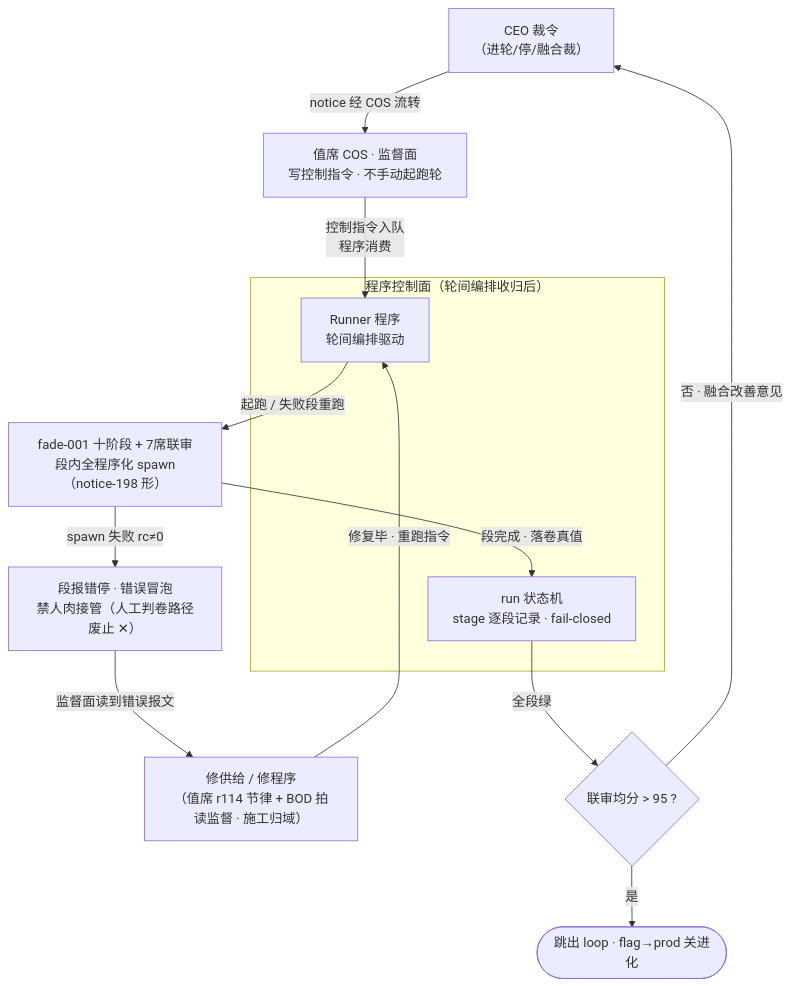
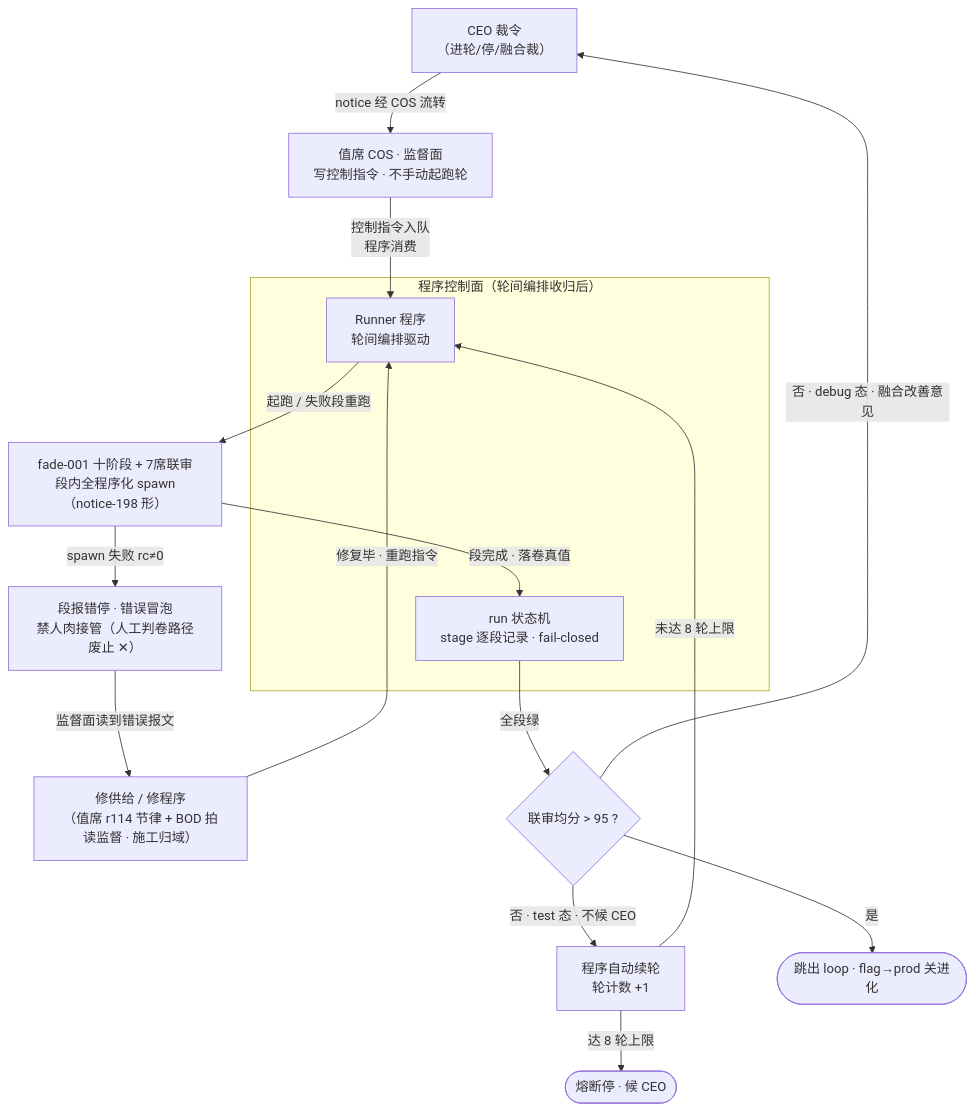
One commit to MoRen9527/TriMetaverse changed the third of 3 diagrams in docs/workflow/operating-records/2026-W47/trees/fade001-tenstage-deploy-20261115/fade001-loop-flag-evolution-flowchart.md. Above: the diagram before and after it, drawn with Mermaid. The commit also changed other lines of this file, not shown here.

Commit message:
docs(bod): 图三严格对齐修订——DEC2否拆debug/test两支+FUSE熔断边+对照表补两行 @bod
CEO 2026-11-19 20:14 照修令:与图一 flag 分路(debug候CEO/test直进下轮不候CEO)及8轮上限熔断(FUSE)逐边严格对齐。

````diff
--- a/docs/workflow/operating-records/2026-W47/trees/fade001-tenstage-deploy-20261115/fade001-loop-flag-evolution-flowchart.md
+++ b/docs/workflow/operating-records/2026-W47/trees/fade001-tenstage-deploy-20261115/fade001-loop-flag-evolution-flowchart.md
@@ -111,20 +111,23 @@
 ```mermaid
 flowchart TD
   CEO2["CEO 裁令<br/>（进轮/停/融合裁）"] -->|notice 经 COS 流转| V2["值席 COS · 监督面<br/>写控制指令 · 不手动起跑轮"]
 
   subgraph CTRL["程序控制面（轮间编排收归后）"]
     RN["Runner 程序<br/>轮间编排驱动"]
     ST["run 状态机<br/>stage 逐段记录 · fail-closed"]
   end
   V2 -->|"控制指令入队<br/>程序消费"| RN
 
   RN -->|"起跑 / 失败段重跑"| LOOP["fade-001 十阶段 + 7席联审<br/>段内全程序化 spawn（notice-198 形）"]
   LOOP -->|"段完成 · 落卷真值"| ST
   LOOP -->|"spawn 失败 rc≠0"| ERR["段报错停 · 错误冒泡<br/>禁人肉接管（人工判卷路径废止 ✕）"]
   ERR -->|"监督面读到错误报文"| FIX["修供给 / 修程序<br/>（值席 r114 节律 + BOD 拍读监督 · 施工归域）"]
   FIX -->|"修复毕 · 重跑指令"| RN
 
   ST -->|"全段绿"| DEC2{"联审均分 > 95 ?"}
-  DEC2 -->|"否 · 融合改善意见"| CEO2
+  DEC2 -->|"否 · debug 态 · 融合改善意见"| CEO2
+  DEC2 -->|"否 · test 态 · 不候 CEO"| AUTO["程序自动续轮<br/>轮计数 +1"]
+  AUTO -->|"未达 8 轮上限"| RN
+  AUTO -->|"达 8 轮上限"| FUSE(["熔断停 · 候 CEO"])
   DEC2 -->|"是"| EXIT2(["跳出 loop · flag→prod 关进化"])
 ```
````
